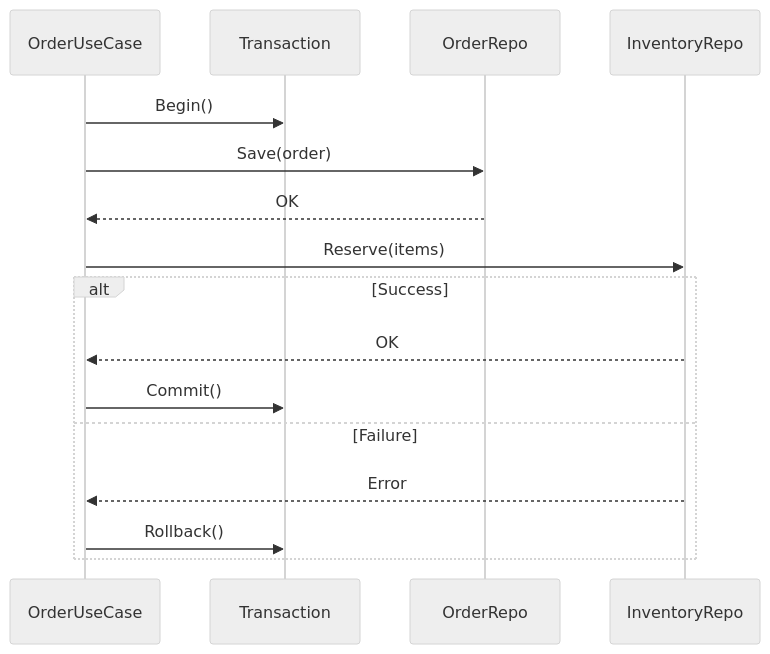
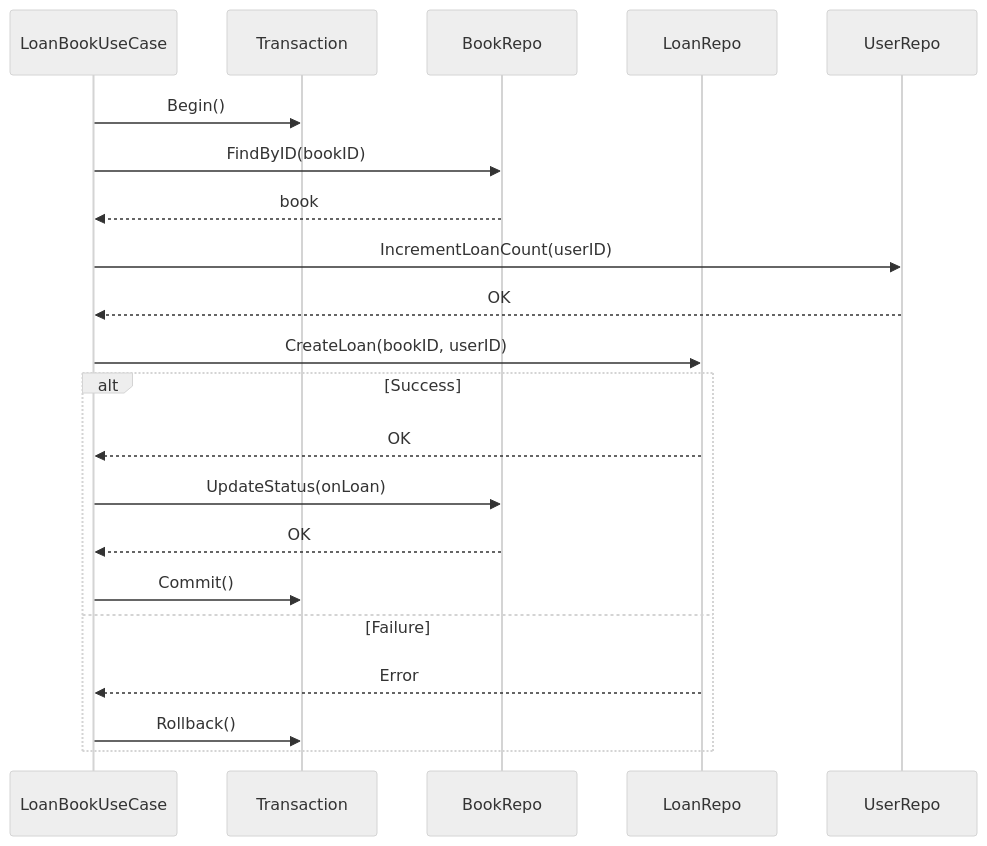
One commit to jonathanleahy/fullstack-monorepo changed the diagram in backend/data/courses/hexagonal-architecture-building-maintainable-software/lessons/04-use-cases-orchestrating-operations/sublessons/02-use-case-patterns/content.md. Above: the diagram before and after it, drawn with Mermaid (neutral theme). The commit also changed other lines of this file and 50 other files, not shown here.

First line of the commit message:
chore: Update Hexagonal Architecture course content

````diff
--- a/backend/data/courses/hexagonal-architecture-building-maintainable-software/lessons/04-use-cases-orchestrating-operations/sublessons/02-use-case-patterns/content.md
+++ b/backend/data/courses/hexagonal-architecture-building-maintainable-software/lessons/04-use-cases-orchestrating-operations/sublessons/02-use-case-patterns/content.md
@@ -16,19 +29,24 @@
 ```mermaid
 sequenceDiagram
-    participant UC as OrderUseCase
+    participant UC as LoanBookUseCase
     participant TX as Transaction
-    participant Order as OrderRepo
-    participant Inv as InventoryRepo
+    participant Book as BookRepo
+    participant Loan as LoanRepo
+    participant User as UserRepo
 
     UC->>TX: Begin()
-    UC->>Order: Save(order)
-    Order-->>UC: OK
-    UC->>Inv: Reserve(items)
+    UC->>Book: FindByID(bookID)
+    Book-->>UC: book
+    UC->>User: IncrementLoanCount(userID)
+    User-->>UC: OK
+    UC->>Loan: CreateLoan(bookID, userID)
     alt Success
-        Inv-->>UC: OK
+        Loan-->>UC: OK
+        UC->>Book: UpdateStatus(onLoan)
+        Book-->>UC: OK
         UC->>TX: Commit()
     else Failure
-        Inv-->>UC: Error
+        Loan-->>UC: Error
         UC->>TX: Rollback()
     end
 ```
````
